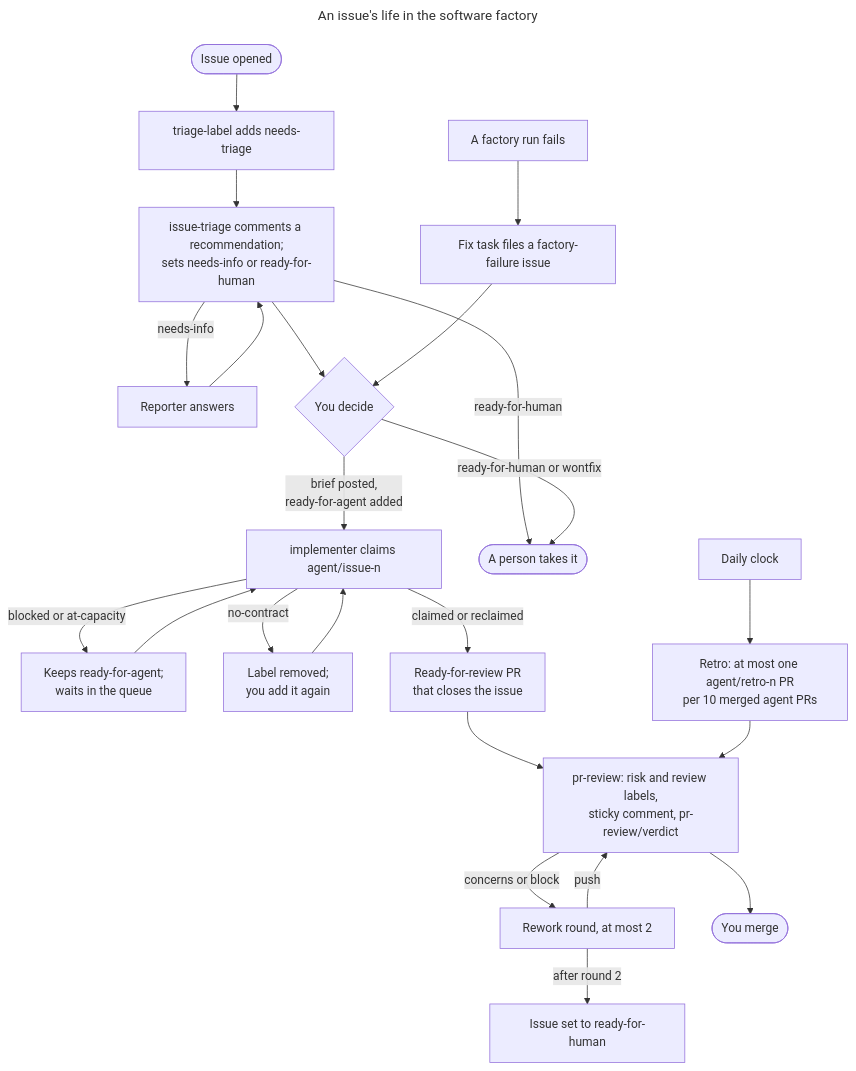
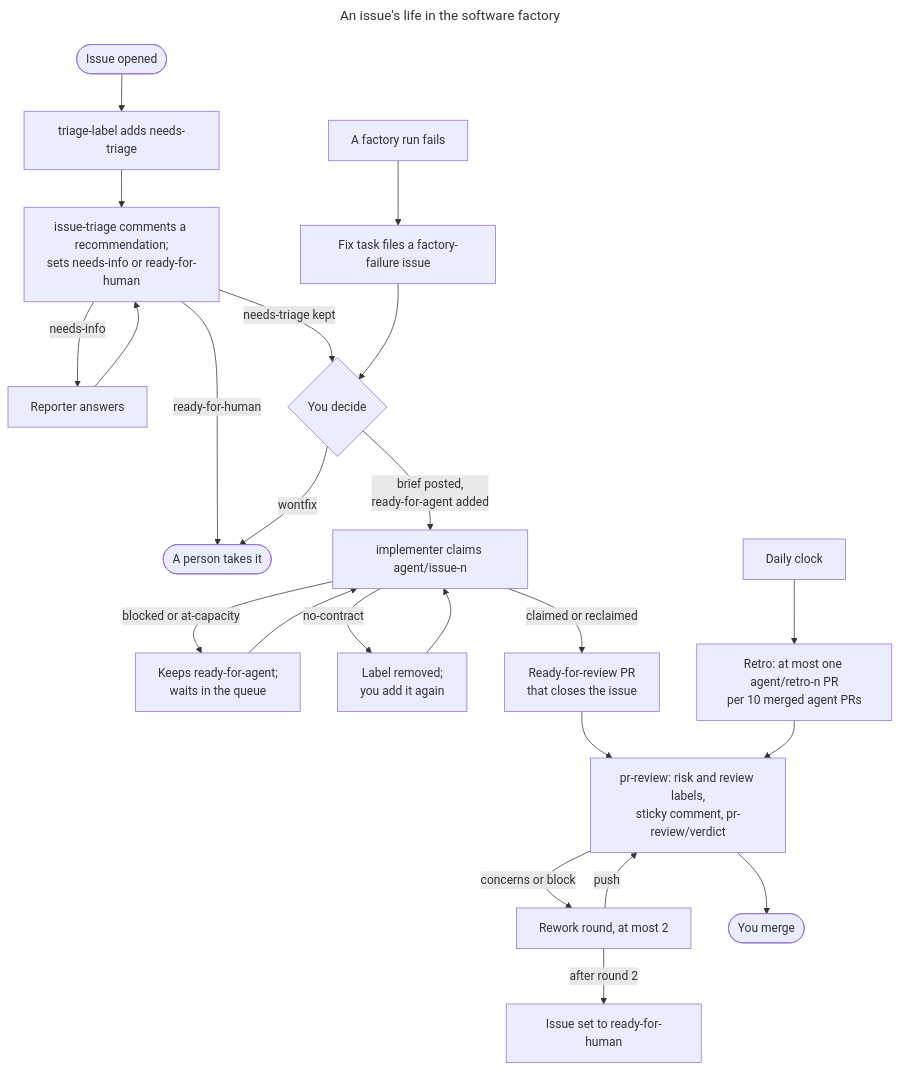
Before and after one commit to fabiandistler/agents: the diagram in docs/factory/README.md, drawn with Mermaid. The commit also changed other lines of this file and 5 other files, not shown here.

First line of the commit message:
docs(issue-triage): address review of the ready-for-human change

````diff
--- a/docs/factory/README.md
+++ b/docs/factory/README.md
@@ -31,28 +31,28 @@
 ```mermaid
 ---
 title: An issue's life in the software factory
 ---
 flowchart TD
     opened([Issue opened]) --> label["triage-label adds needs-triage"]
     label --> triage["issue-triage comments a recommendation;<br/>sets needs-info or ready-for-human"]
     triage -->|needs-info| reply["Reporter answers"]
     reply --> triage
-    triage --> decide{"You decide"}
+    triage -->|ready-for-human| person([A person takes it])
+    triage -->|"needs-triage kept"| decide{"You decide"}
     decide -->|"brief posted,<br/>ready-for-agent added"| claim["implementer claims agent/issue-n"]
-    triage -->|ready-for-human| person
-    decide -->|"ready-for-human or wontfix"| person([A person takes it])
+    decide -->|wontfix| person
     claim -->|"blocked or at-capacity"| queue["Keeps ready-for-agent;<br/>waits in the queue"]
     queue --> claim
     claim -->|"no-contract"| stopped["Label removed;<br/>you add it again"]
     stopped --> claim
     claim -->|"claimed or reclaimed"| pr["Ready-for-review PR<br/>that closes the issue"]
     pr --> review["pr-review: risk and review labels,<br/>sticky comment, pr-review/verdict"]
     review -->|"concerns or block"| rework["Rework round, at most 2"]
     rework -->|push| review
     rework -->|"after round 2"| human["Issue set to ready-for-human"]
     review --> merge([You merge])
     failed["A factory run fails"] --> fix["Fix task files a factory-failure issue"]
     fix --> decide
     clock["Daily clock"] --> retro["Retro: at most one agent/retro-n PR<br/>per 10 merged agent PRs"]
     retro --> review
 ```
````
